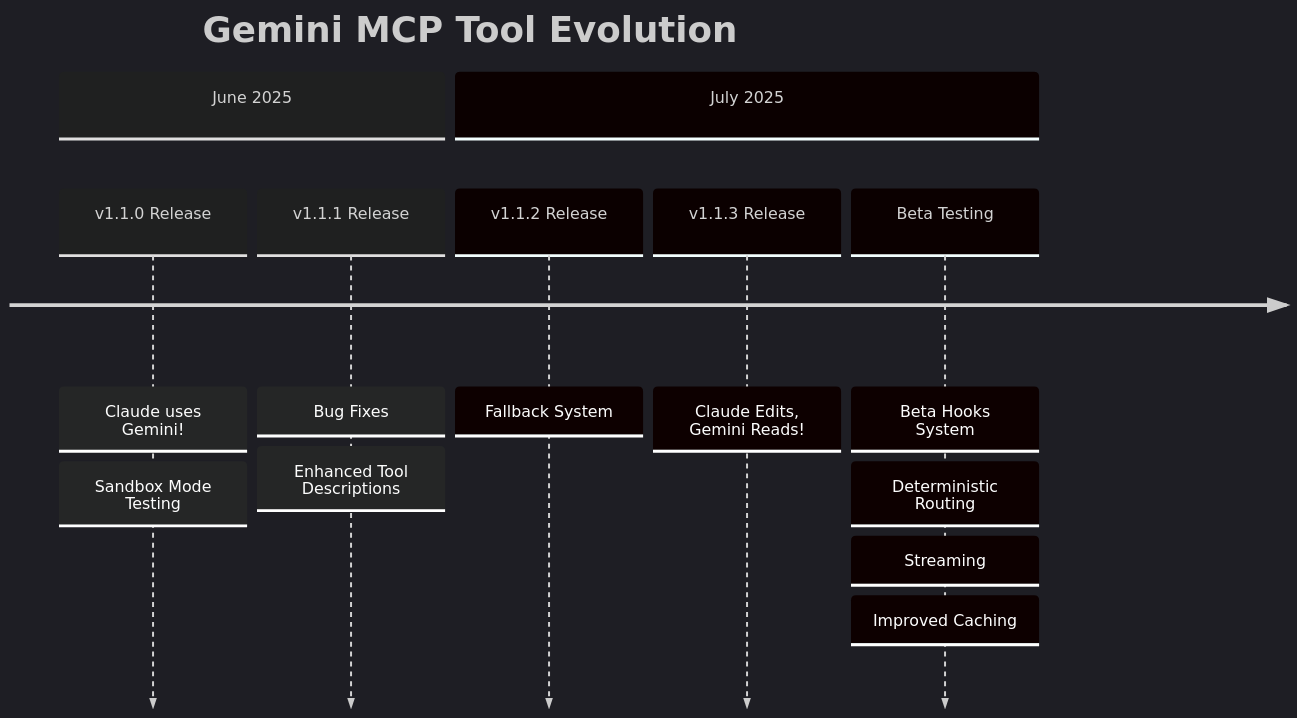
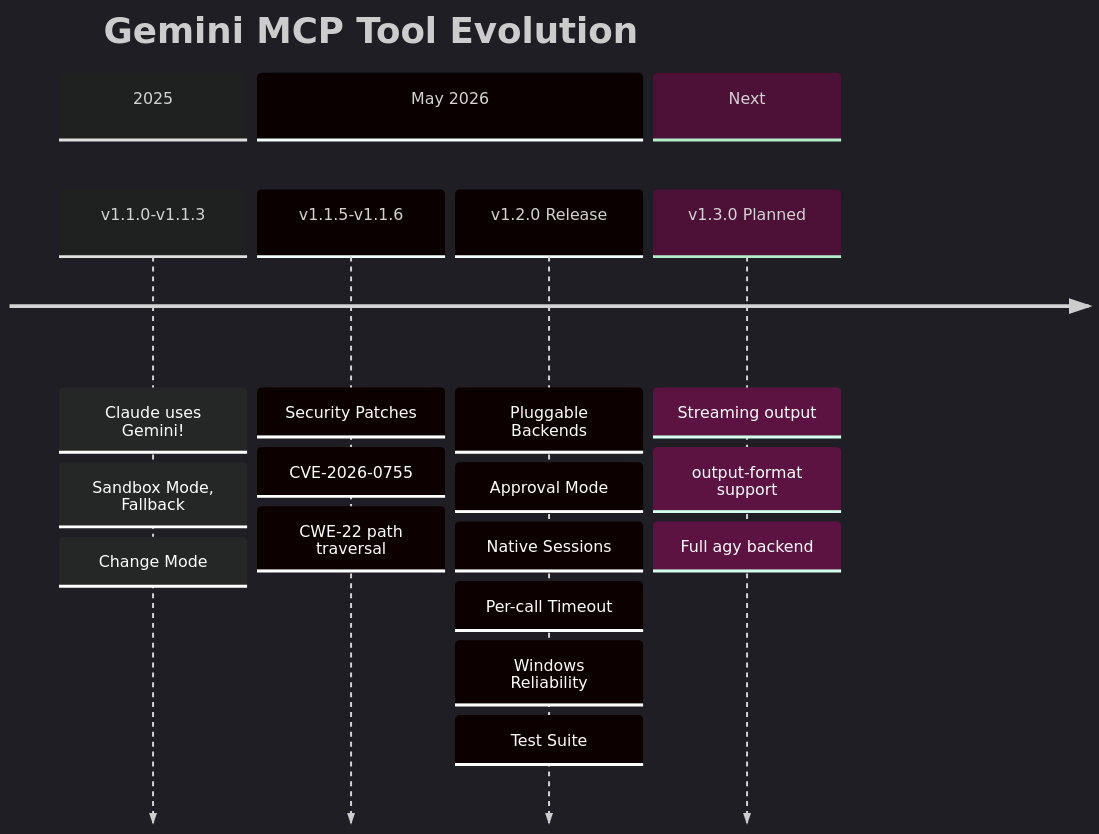
Before and after one commit to jamubc/gemini-mcp-tool: the second of 2 diagrams in docs/resources/roadmap.md, drawn with Mermaid. The commit also changed other lines of this file and 14 other files, not shown here.

````diff
--- a/docs/resources/roadmap.md
+++ b/docs/resources/roadmap.md
@@ -41,27 +47,32 @@
 ```mermaid
 ---
 config:
   timeline:
     htmlLabels: false
   theme: dark
 ---
 timeline
     title Gemini MCP Tool Evolution
     
-    section June 2025
-        v1.1.0 Release : Claude uses Gemini!
-                       : Sandbox Mode Testing
+    section 2025
+        v1.1.0-v1.1.3  : Claude uses Gemini!
+                        : Sandbox Mode, Fallback
+                        : Change Mode
+                        
+    section May 2026
+        v1.1.5-v1.1.6  : Security Patches
+                        : CVE-2026-0755
+                        : CWE-22 path traversal
         
-        v1.1.1 Release : Bug Fixes
-                       : Enhanced Tool Descriptions
+        v1.2.0 Release  : Pluggable Backends
+                        : Approval Mode
+                        : Native Sessions
+                        : Per-call Timeout
+                        : Windows Reliability
+                        : Test Suite
                        
-    section July 2025
-        v1.1.2 Release : Fallback System
-                       
-        v1.1.3 Release : Claude Edits, Gemini Reads!
-                       
-        Beta Testing   : Beta Hooks System
-                       : Deterministic Routing
-                       : Streaming
-                       : Improved Caching
+    section Next
+        v1.3.0 Planned  : Streaming output
+                        : output-format support
+                        : Full agy backend
 ```
````
